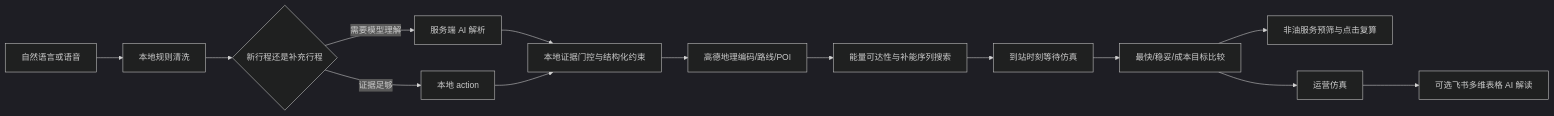
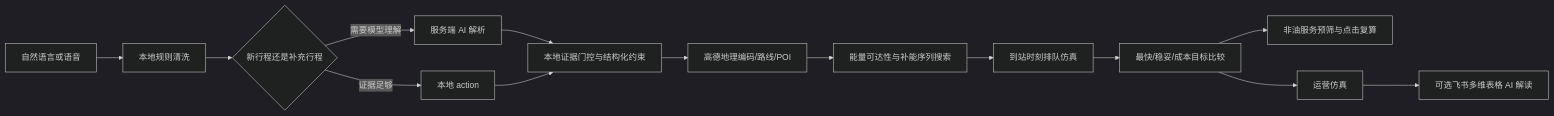
Before and after one commit to 1Beyond1/flowtwin-demo: the diagram in docs/算法与数据边界.md, drawn with Mermaid (dark theme). The commit also changed other lines of this file and 19 other files, not shown here.

````diff
--- a/docs/算法与数据边界.md
+++ b/docs/算法与数据边界.md
@@ -19,16 +19,16 @@
 ```mermaid
 flowchart LR
   A[自然语言或语音] --> B[本地规则清洗]
   B --> C{新行程还是补充行程}
   C -->|需要模型理解| D[服务端 AI 解析]
   C -->|证据足够| E[本地 action]
   D --> F[本地证据门控与结构化约束]
   E --> F
   F --> G[高德地理编码/路线/POI]
   G --> H[能量可达性与补能序列搜索]
-  H --> I[到站时刻等待仿真]
+  H --> I[到站时刻排队仿真]
   I --> J[最快/稳妥/成本目标比较]
   J --> K[非油服务预筛与点击复算]
   J --> L[运营仿真]
   L --> M[可选飞书多维表格 AI 解读]
 ```
````
